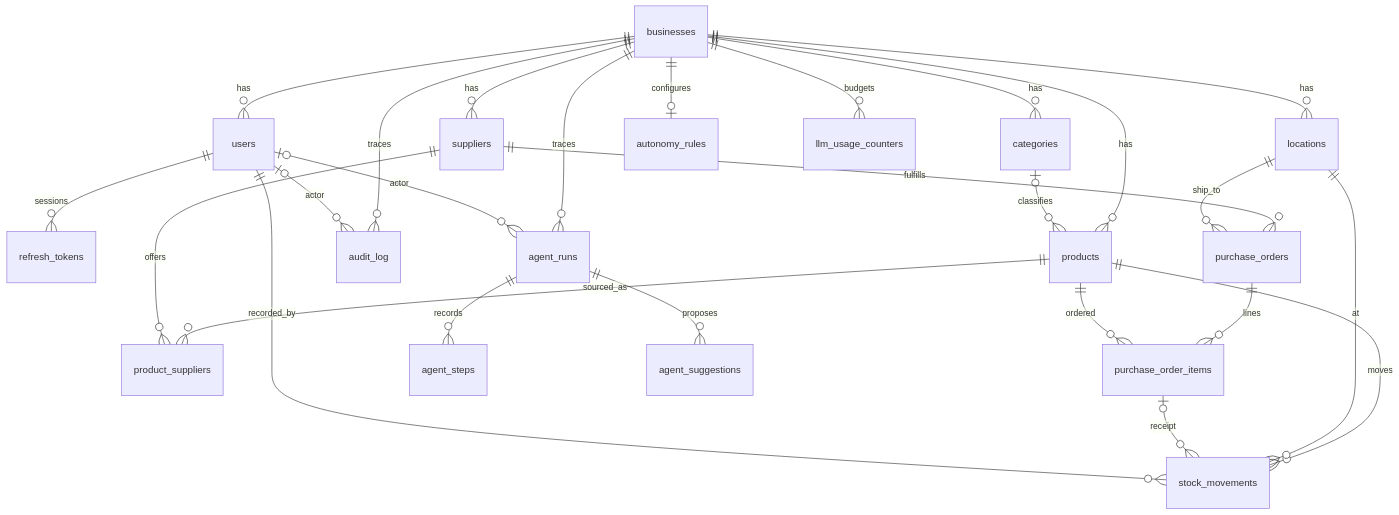
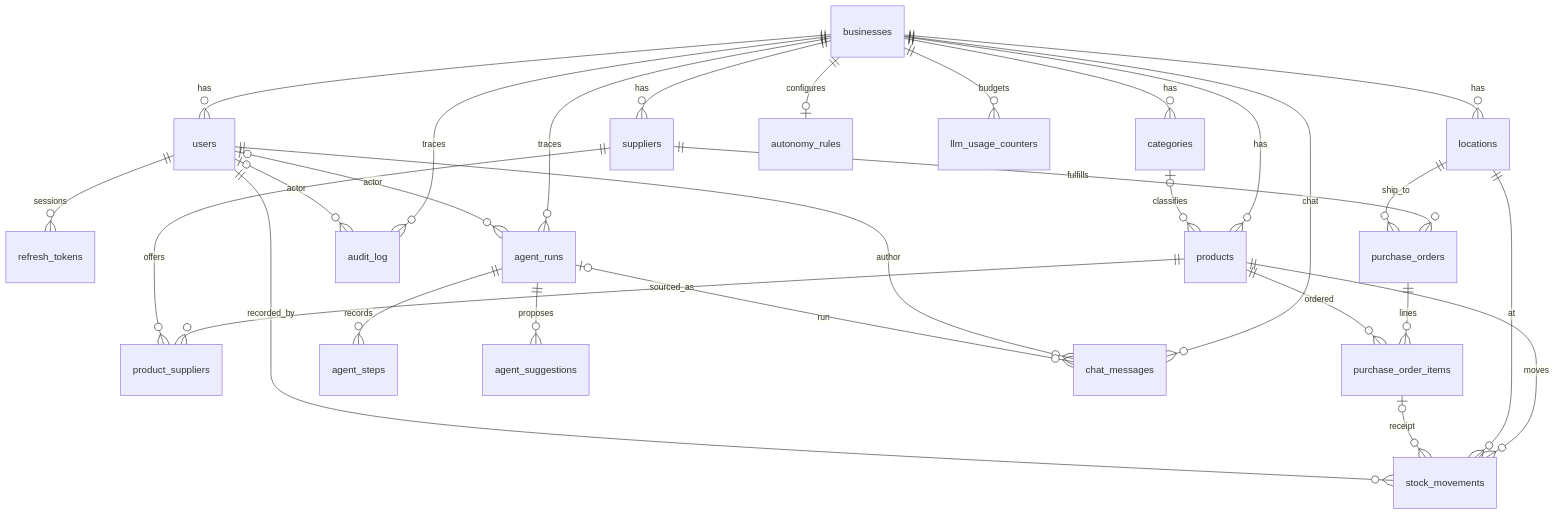
The diagram in docs/DATA_MODEL.md (shreyanshhhhhhhh/Inventory_AI), drawn with Mermaid before and after one commit. The commit also changed other lines of this file and 40 other files, not shown here.

Commit message:
Add the LangGraph chat orchestrator so slash commands and compound requests can be planned, approved, and run without writing stock or purchase orders.

````diff
--- a/docs/DATA_MODEL.md
+++ b/docs/DATA_MODEL.md
@@ -17,28 +17,31 @@
 ```mermaid
 erDiagram
   businesses ||--o{ users : has
   users ||--o{ refresh_tokens : sessions
   businesses ||--o{ locations : has
   businesses ||--o{ categories : has
   businesses ||--o{ products : has
   categories |o--o{ products : classifies
   businesses ||--o{ suppliers : has
   products ||--o{ product_suppliers : sourced_as
   suppliers ||--o{ product_suppliers : offers
   suppliers ||--o{ purchase_orders : fulfills
   locations ||--o{ purchase_orders : ship_to
   purchase_orders ||--o{ purchase_order_items : lines
   products ||--o{ purchase_order_items : ordered
   products ||--o{ stock_movements : moves
   locations ||--o{ stock_movements : at
   purchase_order_items |o--o{ stock_movements : receipt
   users ||--o{ stock_movements : recorded_by
   businesses ||--o{ audit_log : traces
   businesses ||--o| autonomy_rules : configures
   users |o--o{ audit_log : actor
   businesses ||--o{ agent_runs : traces
   users |o--o{ agent_runs : actor
   agent_runs ||--o{ agent_steps : records
   agent_runs ||--o{ agent_suggestions : proposes
   businesses ||--o{ llm_usage_counters : budgets
+  businesses ||--o{ chat_messages : chat
+  users ||--o{ chat_messages : author
+  agent_runs |o--o{ chat_messages : run
 ```
````
